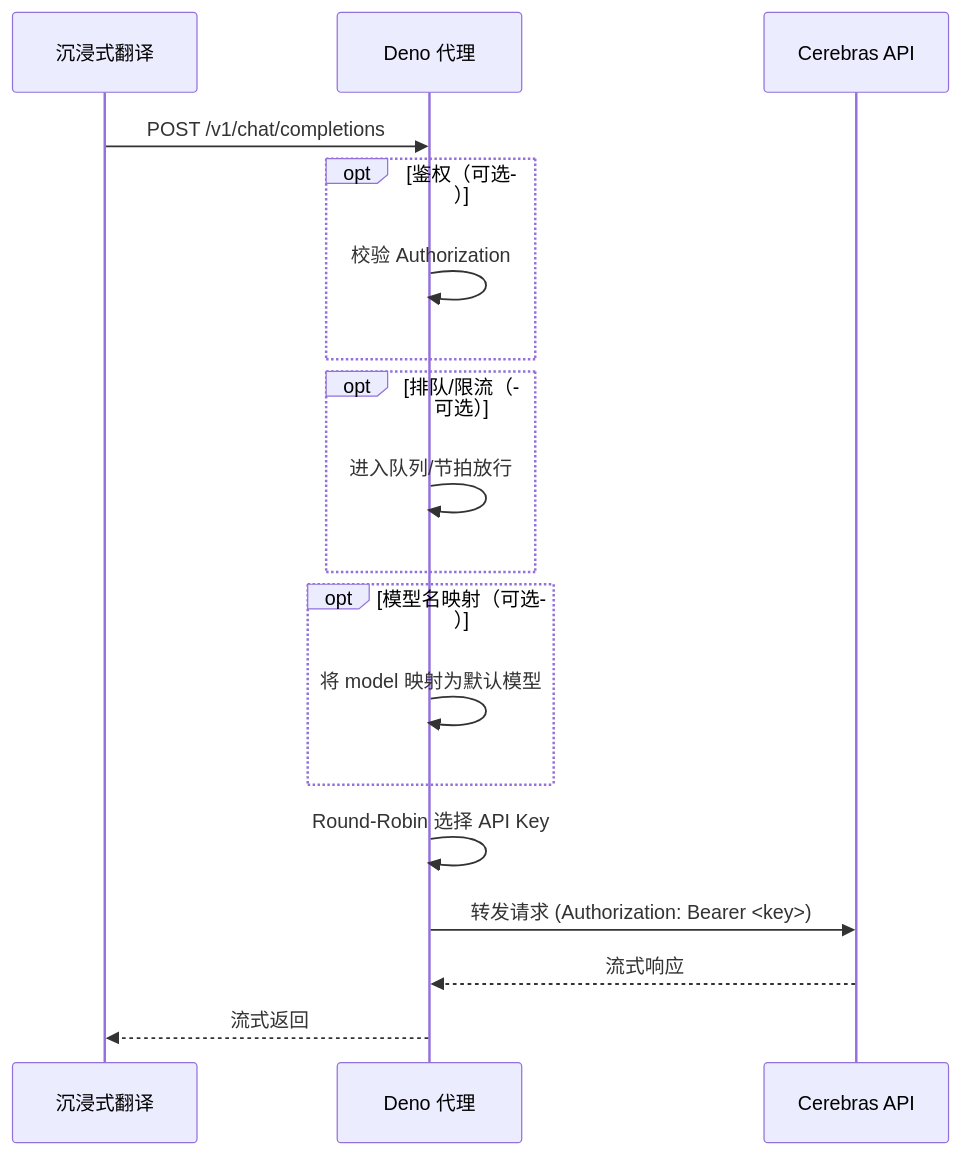
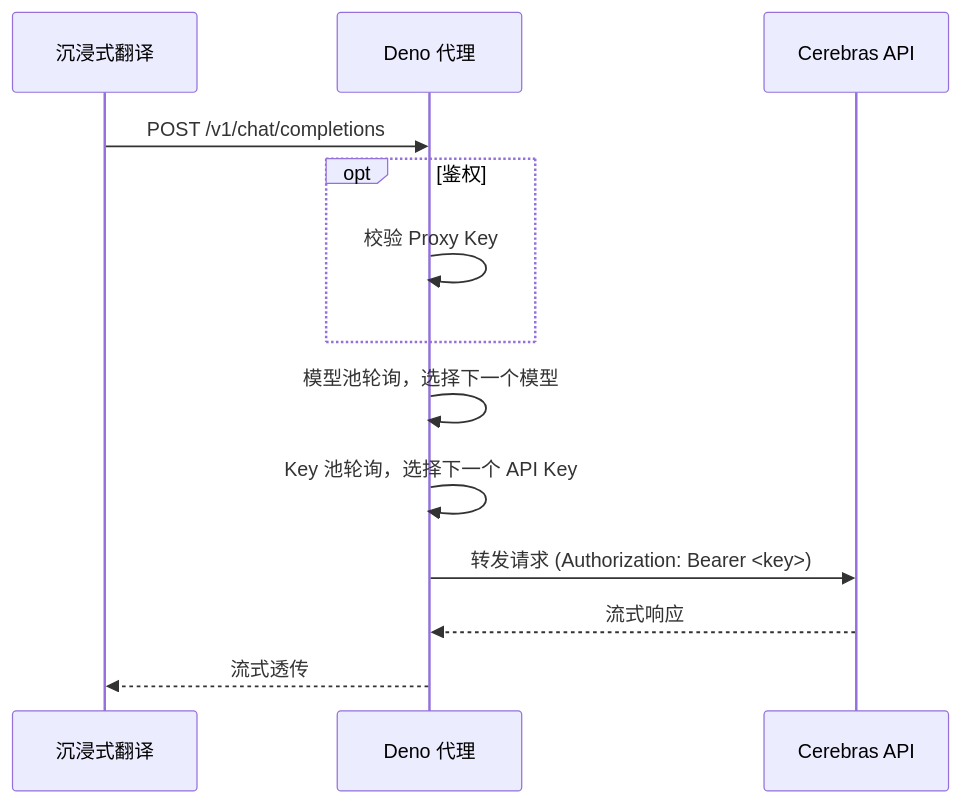
One commit to zhu-jl18/thanks-to-cerebras changed the diagram in README.md. Above: the diagram before and after it, drawn with Mermaid. The commit also changed other lines of this file and 13 other files, not shown here.

````diff
--- a/README.md
+++ b/README.md
@@ -125,21 +97,16 @@
 ```mermaid
 sequenceDiagram
     participant IT as 沉浸式翻译
     participant DP as Deno 代理
     participant CA as Cerebras API
 
     IT->>DP: POST /v1/chat/completions
-    opt 鉴权（可选）
-        DP->>DP: 校验 Authorization
+    opt 鉴权
+        DP->>DP: 校验 Proxy Key
     end
-    opt 排队/限流（可选）
-        DP->>DP: 进入队列/节拍放行
-    end
-    opt 模型名映射（可选）
-        DP->>DP: 将 model 映射为默认模型
-    end
-    DP->>DP: Round-Robin 选择 API Key
+    DP->>DP: 模型池轮询，选择下一个模型
+    DP->>DP: Key 池轮询，选择下一个 API Key
     DP->>CA: 转发请求 (Authorization: Bearer <key>)
     CA-->>DP: 流式响应
-    DP-->>IT: 流式返回
+    DP-->>IT: 流式透传
 ```
````
